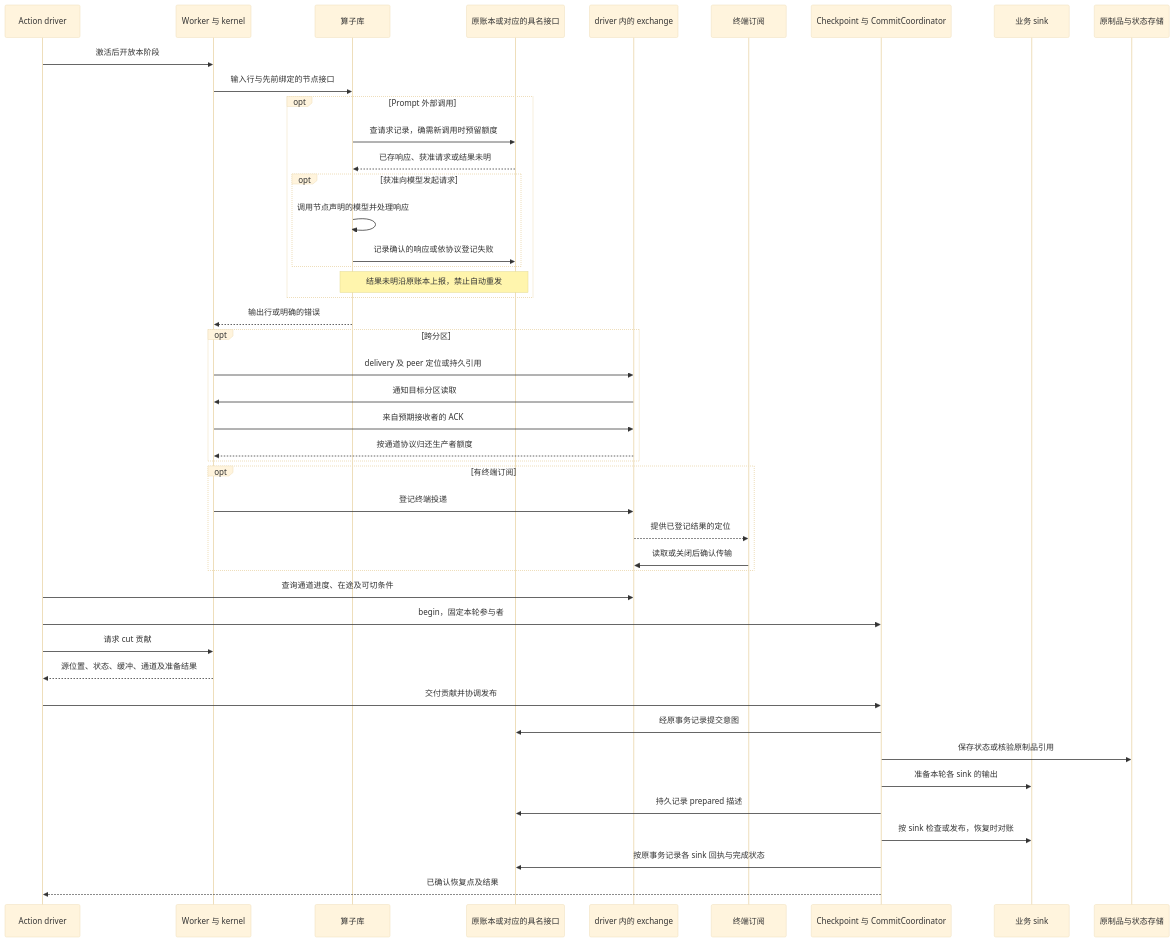
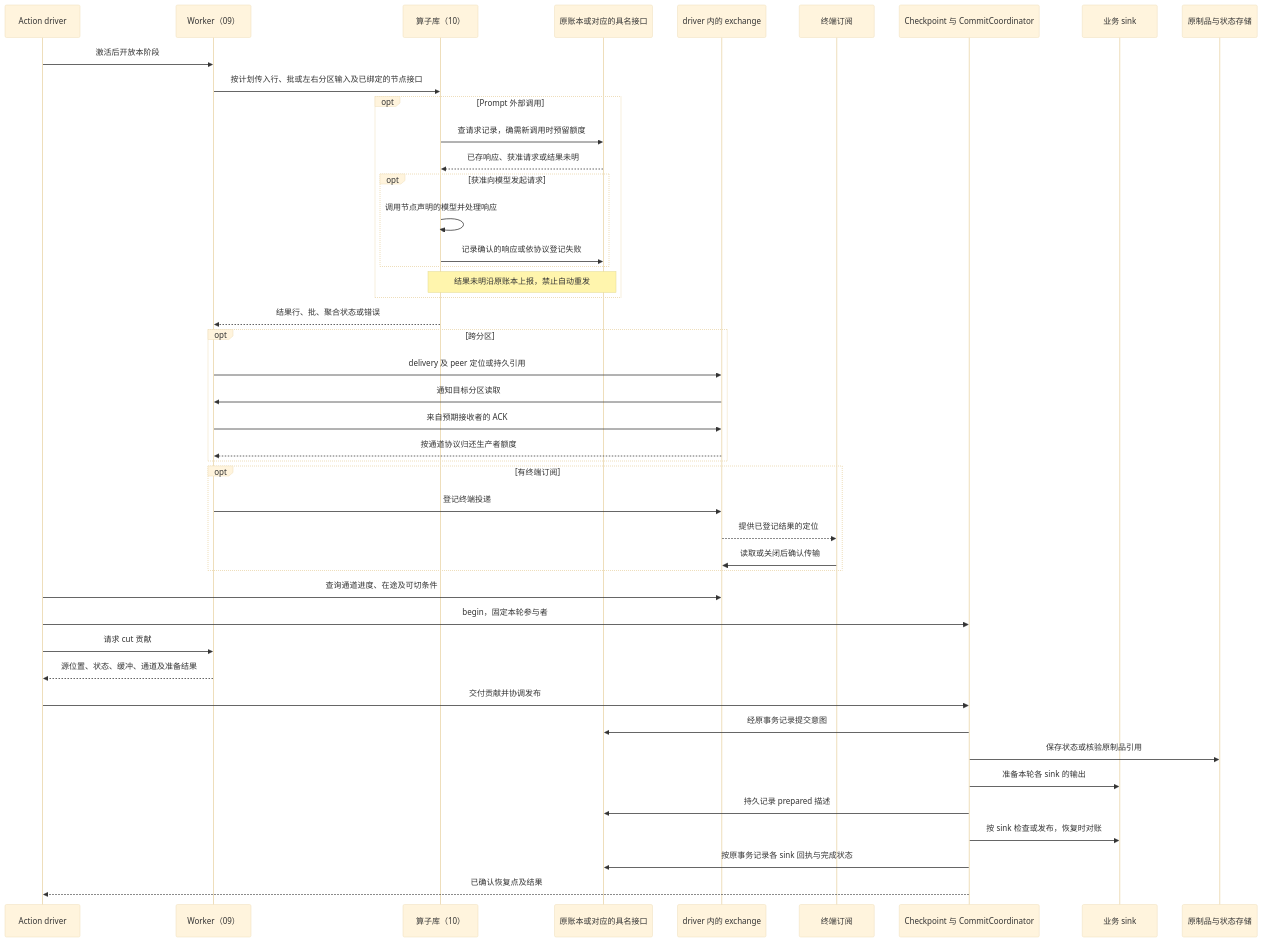
Before and after one commit to vincent9299/demiflow: the second of 3 diagrams in docs/dataset-engine-architecture.md, drawn with Mermaid (base theme). The commit also changed other lines of this file, not shown here.

Commit message:
Clarify worker, operator and sink responsibilities in the existing engine specification

````diff
--- a/docs/dataset-engine-architecture.md
+++ b/docs/dataset-engine-architecture.md
@@ -101,47 +101,47 @@
 ```mermaid
 sequenceDiagram
     participant D as Action driver
-    participant W as Worker 与 kernel
-    participant O as 算子库
+    participant W as Worker（09）
+    participant O as 算子库（10）
     participant J as 原账本或对应的具名接口
     participant X as driver 内的 exchange
     participant T as 终端订阅
     participant C as Checkpoint 与 CommitCoordinator
     participant K as 业务 sink
     participant S as 原制品与状态存储
     D->>W: 激活后开放本阶段
-    W->>O: 输入行与先前绑定的节点接口
+    W->>O: 按计划传入行、批或左右分区输入及已绑定的节点接口
     opt Prompt 外部调用
         O->>J: 查请求记录，确需新调用时预留额度
         J-->>O: 已存响应、获准请求或结果未明
         opt 获准向模型发起请求
             O->>O: 调用节点声明的模型并处理响应
             O->>J: 记录确认的响应或依协议登记失败
         end
         Note over O,J: 结果未明沿原账本上报，禁止自动重发
     end
-    O-->>W: 输出行或明确的错误
+    O-->>W: 结果行、批、聚合状态或错误
     opt 跨分区
         W->>X: delivery 及 peer 定位或持久引用
         X->>W: 通知目标分区读取
         W->>X: 来自预期接收者的 ACK
         X-->>W: 按通道协议归还生产者额度
     end
     opt 有终端订阅
         W->>X: 登记终端投递
         X-->>T: 提供已登记结果的定位
         T->>X: 读取或关闭后确认传输
     end
     D->>X: 查询通道进度、在途及可切条件
     D->>C: begin，固定本轮参与者
     D->>W: 请求 cut 贡献
     W-->>D: 源位置、状态、缓冲、通道及准备结果
     D->>C: 交付贡献并协调发布
     C->>J: 经原事务记录提交意图
     C->>S: 保存状态或核验原制品引用
     C->>K: 准备本轮各 sink 的输出
     C->>J: 持久记录 prepared 描述
     C->>K: 按 sink 检查或发布，恢复时对账
     C->>J: 按原事务记录各 sink 回执与完成状态
     C-->>D: 已确认恢复点及结果
 ```
````
